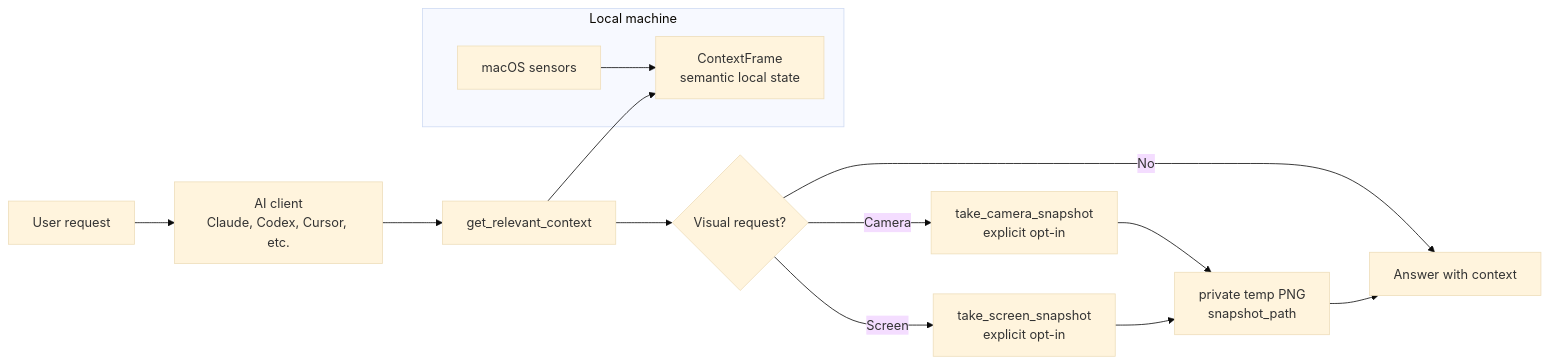
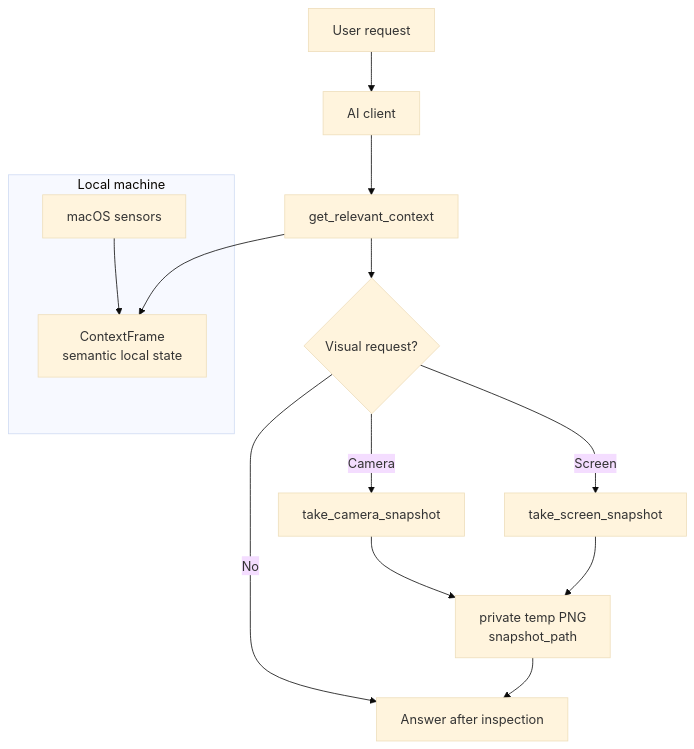
Before and after one commit to ChrisJDiMarco/sense-mcp: the diagram in README.md, drawn with Mermaid (base theme). The commit also changed other lines of this file, not shown here.

Commit message:
Polish README architecture section

````diff
--- a/README.md
+++ b/README.md
@@ -49,18 +63,18 @@
 ```mermaid
-flowchart LR
-  U["User request"] --> C["AI client<br/>Claude, Codex, Cursor, etc."]
+flowchart TD
+  U["User request"] --> C["AI client"]
   C --> R["get_relevant_context"]
   R --> F["ContextFrame<br/>semantic local state"]
   R --> T{"Visual request?"}
   T -->|"No"| A["Answer with context"]
-  T -->|"Camera"| CAM["take_camera_snapshot<br/>explicit opt-in"]
-  T -->|"Screen"| SCR["take_screen_snapshot<br/>explicit opt-in"]
+  T -->|"Camera"| CAM["take_camera_snapshot"]
+  T -->|"Screen"| SCR["take_screen_snapshot"]
   CAM --> P["private temp PNG<br/>snapshot_path"]
   SCR --> P
-  P --> A
+  P --> A["Answer after inspection"]
 
   subgraph Local machine
     S["macOS sensors"]
     S --> F
   end
 ```
````
